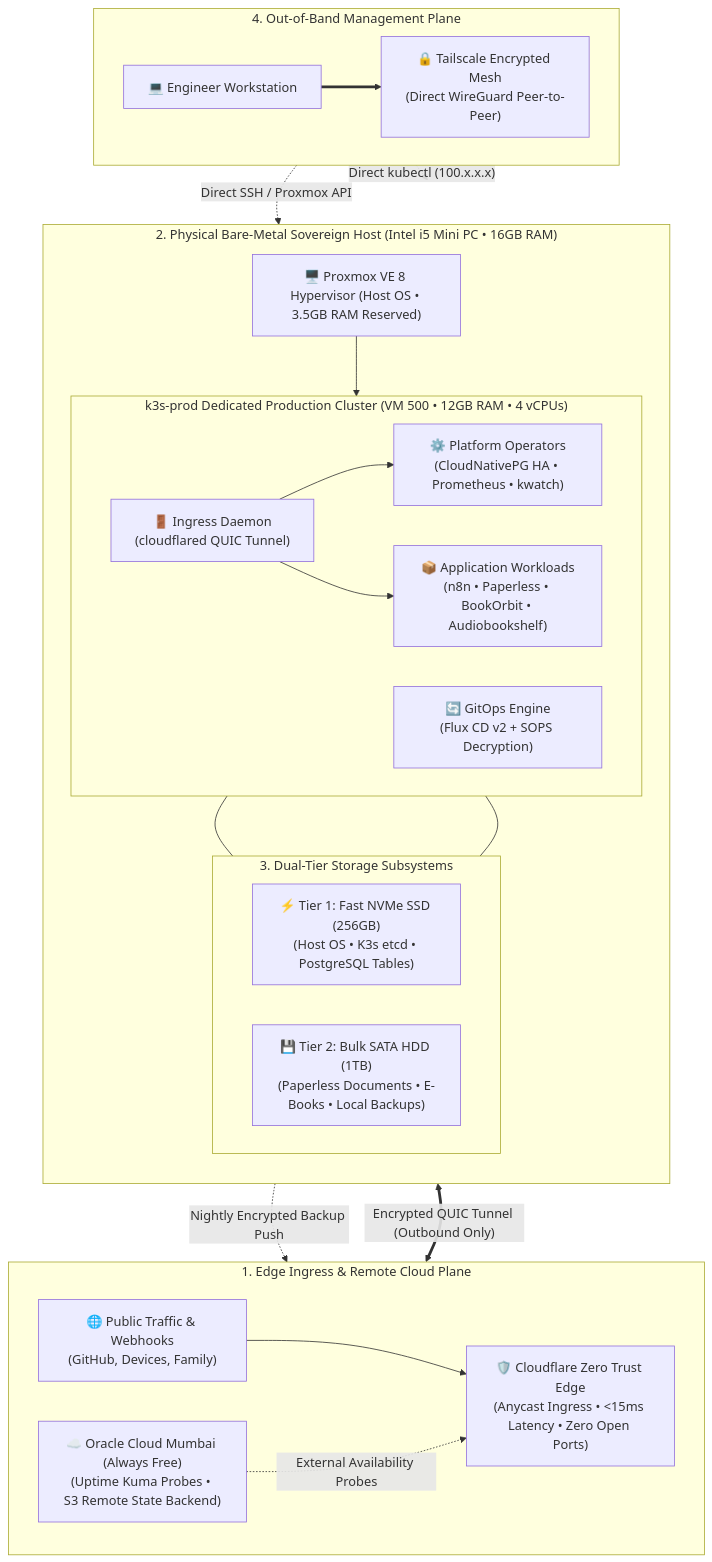
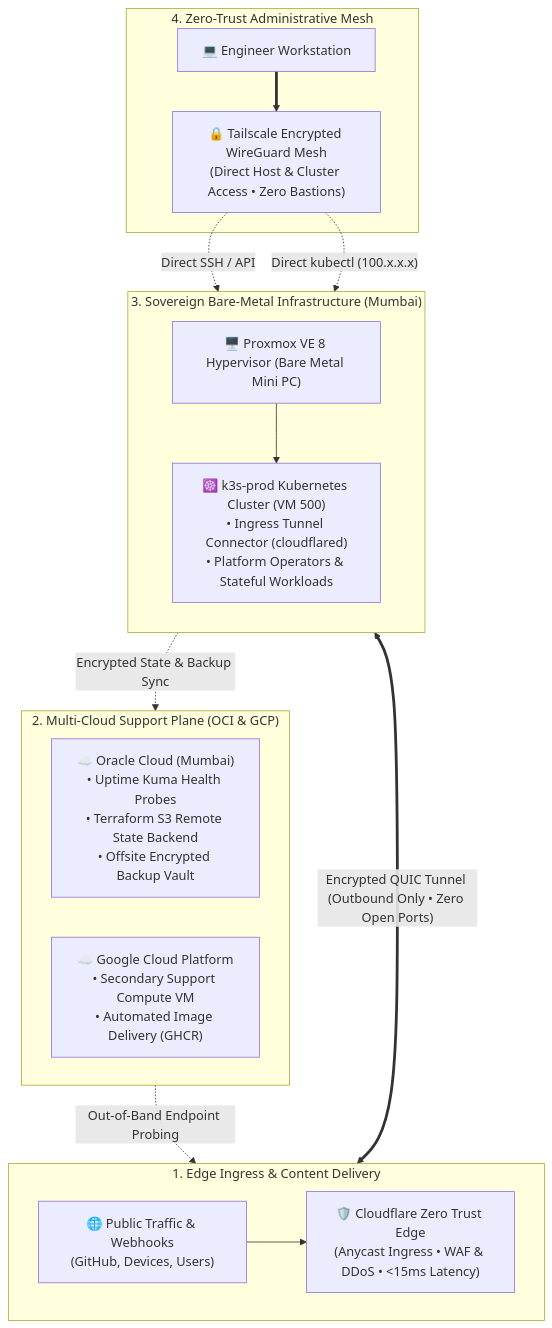
Before and after one commit to vsingh55/homelab-ops: the first of 4 diagrams in README.md, drawn with Mermaid. The commit also changed other lines of this file and 2 other files, not shown here.

Commit message:
docs: split architecture into 3 focused diagrams, standardize ADRs in docs/adr/, and frame OCI & GCP multi-cloud support

````diff
--- a/README.md
+++ b/README.md
@@ -35,54 +38,40 @@
 ```mermaid
 flowchart TD
-    subgraph EdgeLayer["1. Edge Ingress & Remote Cloud Plane"]
+    subgraph Edge["1. Edge Ingress & Content Delivery"]
         direction LR
-        Users["🌐 Public Traffic & Webhooks\n(GitHub, Devices, Family)"]
-        CF["🛡️ Cloudflare Zero Trust Edge\n(Anycast Ingress • <15ms Latency • Zero Open Ports)"]
-        OCI["☁️ Oracle Cloud Mumbai (Always Free)\n(Uptime Kuma Probes • S3 Remote State Backend)"]
+        Users["🌐 Public Traffic & Webhooks\n(GitHub, Devices, Users)"]
+        CF["🛡️ Cloudflare Zero Trust Edge\n(Anycast Ingress • WAF & DDoS • <15ms Latency)"]
     end
 
-    subgraph HardwareHost["2. Physical Bare-Metal Sovereign Host (Intel i5 Mini PC • 16GB RAM)"]
-        direction TB
-        PVE["🖥️ Proxmox VE 8 Hypervisor (Host OS • 3.5GB RAM Reserved)"]
-        
-        subgraph Cluster["k3s-prod Dedicated Production Cluster (VM 500 • 12GB RAM • 4 vCPUs)"]
-            direction LR
-            CF_Daemon["🚪 Ingress Daemon\n(cloudflared QUIC Tunnel)"]
-            GitOps["🔄 GitOps Engine\n(Flux CD v2 + SOPS Decryption)"]
-            Platform["⚙️ Platform Operators\n(CloudNativePG HA • Prometheus • kwatch)"]
-            Apps["📦 Application Workloads\n(n8n • Paperless • BookOrbit • Audiobookshelf)"]
-        end
-
-        subgraph StorageTiers["3. Dual-Tier Storage Subsystems"]
-            direction LR
-            NVMe["⚡ Tier 1: Fast NVMe SSD (256GB)\n(Host OS • K3s etcd • PostgreSQL Tables)"]
-            HDD["💾 Tier 2: Bulk SATA HDD (1TB)\n(Paperless Documents • E-Books • Local Backups)"]
-        end
+    subgraph CloudSupport["2. Multi-Cloud Support Plane (OCI & GCP)"]
+        direction LR
+        OCI["☁️ Oracle Cloud (Mumbai)\n• Uptime Kuma Health Probes\n• Terraform S3 Remote State Backend\n• Offsite Encrypted Backup Vault"]
+        GCP["☁️ Google Cloud Platform\n• Secondary Support Compute VM\n• Automated Image Delivery (GHCR)"]
     end
 
-    subgraph MgmtPlane["4. Out-of-Band Management Plane"]
-        direction LR
-        Laptop["💻 Engineer Workstation"]
-        Tailscale["🔒 Tailscale Encrypted Mesh\n(Direct WireGuard Peer-to-Peer)"]
+    subgraph OnPrem["3. Sovereign Bare-Metal Infrastructure (Mumbai)"]
+        direction TB
+        PVE["🖥️ Proxmox VE 8 Hypervisor (Bare Metal Mini PC)"]
+        K3S["☸️ k3s-prod Kubernetes Cluster (VM 500)\n• Ingress Tunnel Connector (cloudflared)\n• Platform Operators & Stateful Workloads"]
     end
 
-    %% Edge Ingress Connections
+    subgraph Admin["4. Zero-Trust Administrative Mesh"]
+        Workstation["💻 Engineer Workstation"]
+        Tailscale["🔒 Tailscale Encrypted WireGuard Mesh\n(Direct Host & Cluster Access • Zero Bastions)"]
+    end
+
+    %% Network flows
     Users --> CF
-    CF <== "Encrypted QUIC Tunnel (Outbound Only)" ==> CF_Daemon
-    CF_Daemon --> Platform
-    CF_Daemon --> Apps
+    CF <== "Encrypted QUIC Tunnel (Outbound Only • Zero Open Ports)" ==> K3S
     
-    %% Monitoring & Remote State
-    OCI -. "External Availability Probes" .-> CF
-    Cluster -. "Nightly Encrypted Backup Push" .-> OCI
+    %% Support & Probes
+    OCI -. "Out-of-Band Endpoint Probing" .-> CF
+    K3S -. "Encrypted State & Backup Sync" .-> OCI
+    
+    %% Administration
+    Workstation ==> Tailscale
+    Tailscale -. "Direct SSH / API" .-> PVE
+    Tailscale -. "Direct kubectl (100.x.x.x)" .-> K3S
 
-    %% Administration
-    Laptop ==> Tailscale
-    Tailscale -. "Direct SSH / Proxmox API" .-> PVE
-    Tailscale -. "Direct kubectl (100.x.x.x)" .-> Cluster
-
-    %% Physical virtualization & storage
-    PVE --> Cluster
-    Cluster --- NVMe
-    Cluster --- HDD
+    PVE --> K3S
 ```
````
